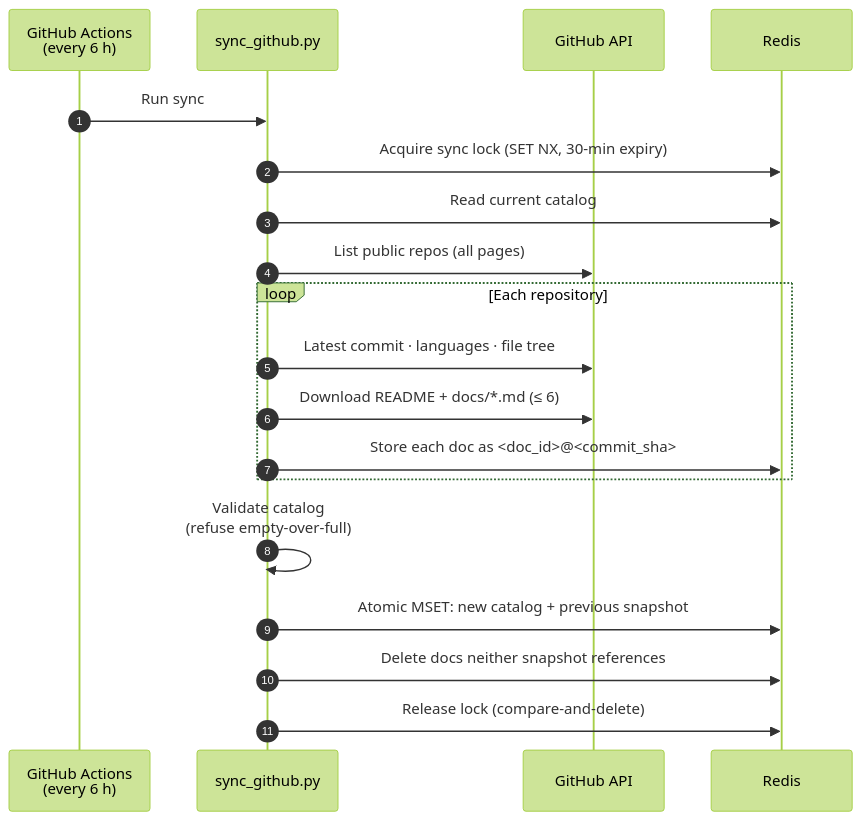
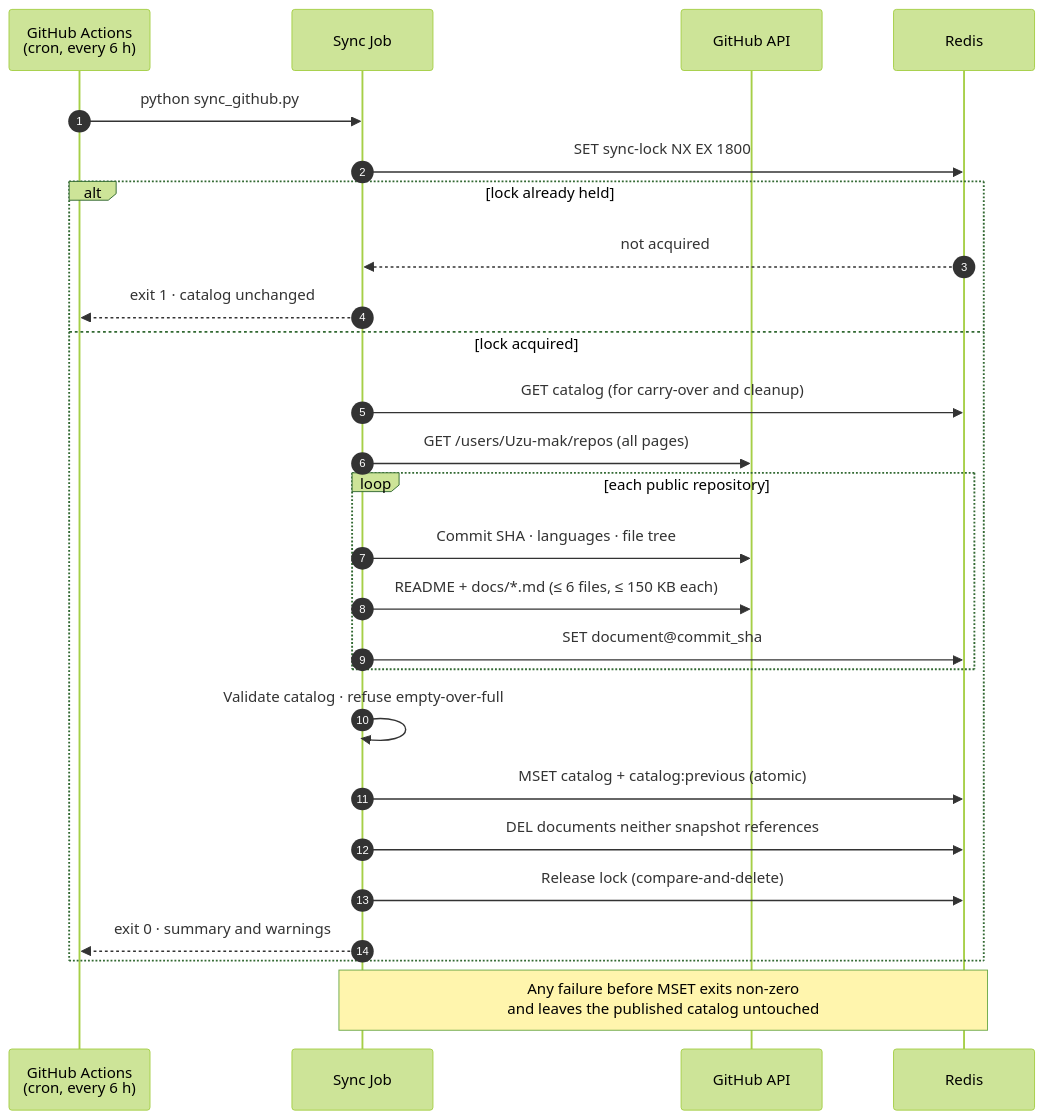
The fifth of 7 diagrams in README.md (Uzu-mak/digital-twin), drawn with Mermaid (forest theme) before and after one commit. The commit also changed other lines of this file, not shown here.

First line of the commit message:
Redraw README diagrams with C4 and UML conventions

````diff
--- a/README.md
+++ b/README.md
@@ -215,22 +301,29 @@
 ```mermaid
 sequenceDiagram
     autonumber
-    participant GA as GitHub Actions<br/>(every 6 h)
-    participant S as sync_github.py
-    participant GH as GitHub API
-    participant R as Redis
+    participant C as GitHub Actions<br/>(cron, every 6 h)
+    participant J as Sync Job
+    participant G as GitHub API
+    participant D as Redis
 
-    GA->>S: Run sync
-    S->>R: Acquire sync lock (SET NX, 30-min expiry)
-    S->>R: Read current catalog
-    S->>GH: List public repos (all pages)
-    loop Each repository
-        S->>GH: Latest commit · languages · file tree
-        S->>GH: Download README + docs/*.md (≤ 6)
-        S->>R: Store each doc as <doc_id>@<commit_sha>
+    C->>J: python sync_github.py
+    J->>D: SET sync-lock NX EX 1800
+    alt lock already held
+        D-->>J: not acquired
+        J-->>C: exit 1 · catalog unchanged
+    else lock acquired
+        J->>D: GET catalog (for carry-over and cleanup)
+        J->>G: GET /users/Uzu-mak/repos (all pages)
+        loop each public repository
+            J->>G: Commit SHA · languages · file tree
+            J->>G: README + docs/*.md (≤ 6 files, ≤ 150 KB each)
+            J->>D: SET document@commit_sha
+        end
+        J->>J: Validate catalog · refuse empty-over-full
+        J->>D: MSET catalog + catalog:previous (atomic)
+        J->>D: DEL documents neither snapshot references
+        J->>D: Release lock (compare-and-delete)
+        J-->>C: exit 0 · summary and warnings
     end
-    S->>S: Validate catalog<br/>(refuse empty-over-full)
-    S->>R: Atomic MSET: new catalog + previous snapshot
-    S->>R: Delete docs neither snapshot references
-    S->>R: Release lock (compare-and-delete)
+    Note over J,D: Any failure before MSET exits non-zero<br/>and leaves the published catalog untouched
 ```
````
